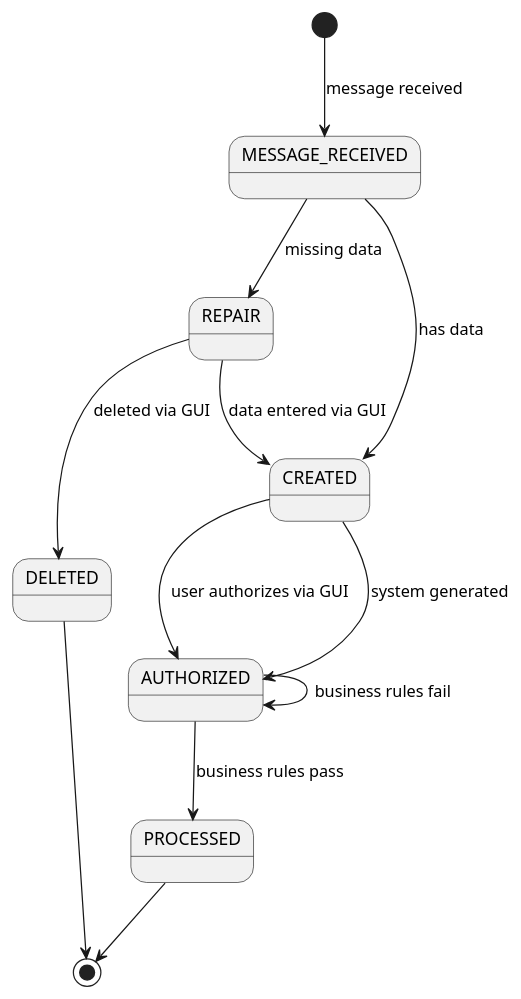
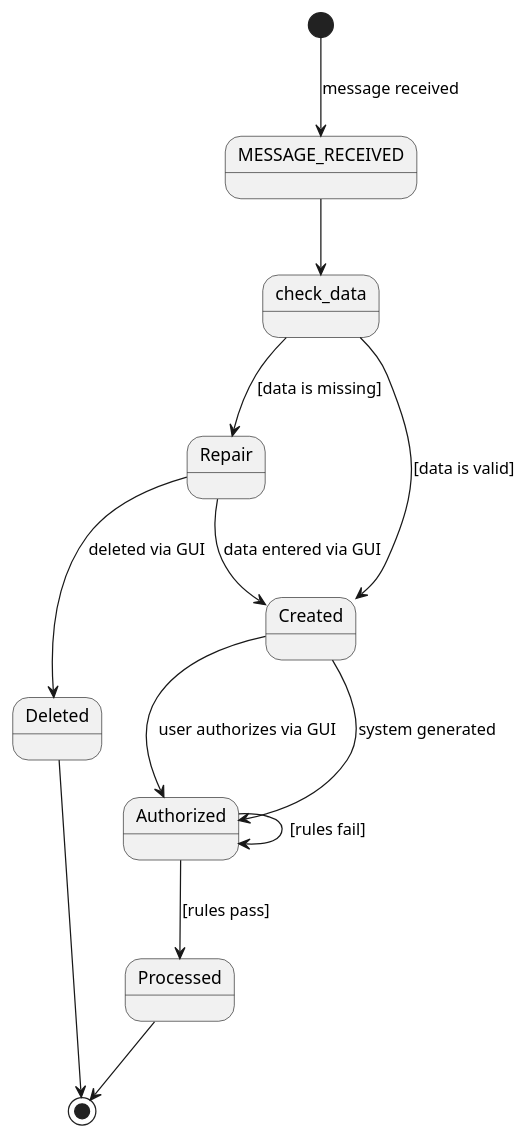
The diagram in example/plantumlexample/plantumlexample.puml (malcolmlangille/bashscripts), drawn with PlantUML before and after one commit. The commit also changed 4 other files, not shown here.

Commit message:
plantumlexample

```diff
--- a/example/plantumlexample/plantumlexample.puml
+++ b/example/plantumlexample/plantumlexample.puml
@@ -1,19 +1,22 @@
 @startuml
 [*] --> MESSAGE_RECEIVED : message received
 
-MESSAGE_RECEIVED --> REPAIR : missing data
-MESSAGE_RECEIVED --> CREATED : has data
+MESSAGE_RECEIVED --> check_data
 
-REPAIR --> CREATED : data entered via GUI
-REPAIR --> DELETED : deleted via GUI
+state check_data <<choice>>
 
-CREATED --> AUTHORIZED : system generated
-CREATED --> AUTHORIZED : user authorizes via GUI
+check_data --> Repair : [data is missing]
+check_data --> Created : [data is valid]
 
-AUTHORIZED --> AUTHORIZED : business rules fail
-AUTHORIZED --> PROCESSED : business rules pass
+Repair --> Created : data entered via GUI
+Repair --> Deleted : deleted via GUI
 
-DELETED --> [*]
-PROCESSED --> [*]
+Created --> Authorized : system generated
+Created --> Authorized : user authorizes via GUI
 
+Authorized --> Authorized : [rules fail]
+Authorized --> Processed : [rules pass]
+
+Deleted --> [*]
+Processed --> [*]
 @enduml
```
